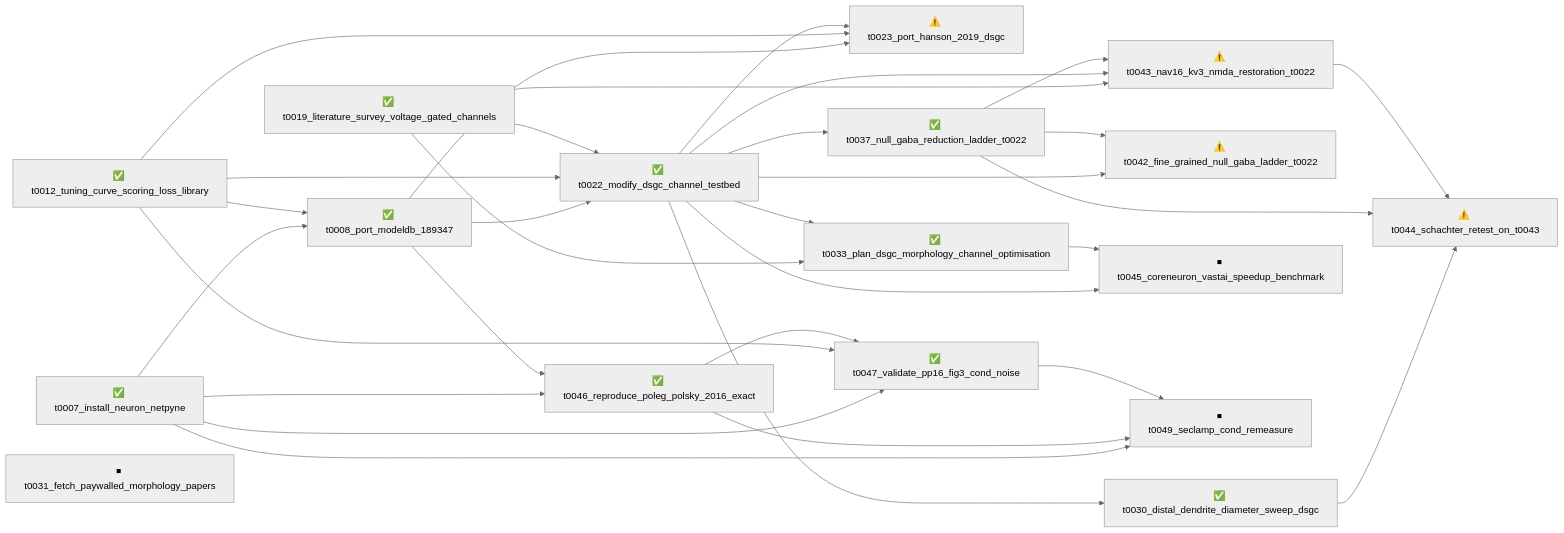
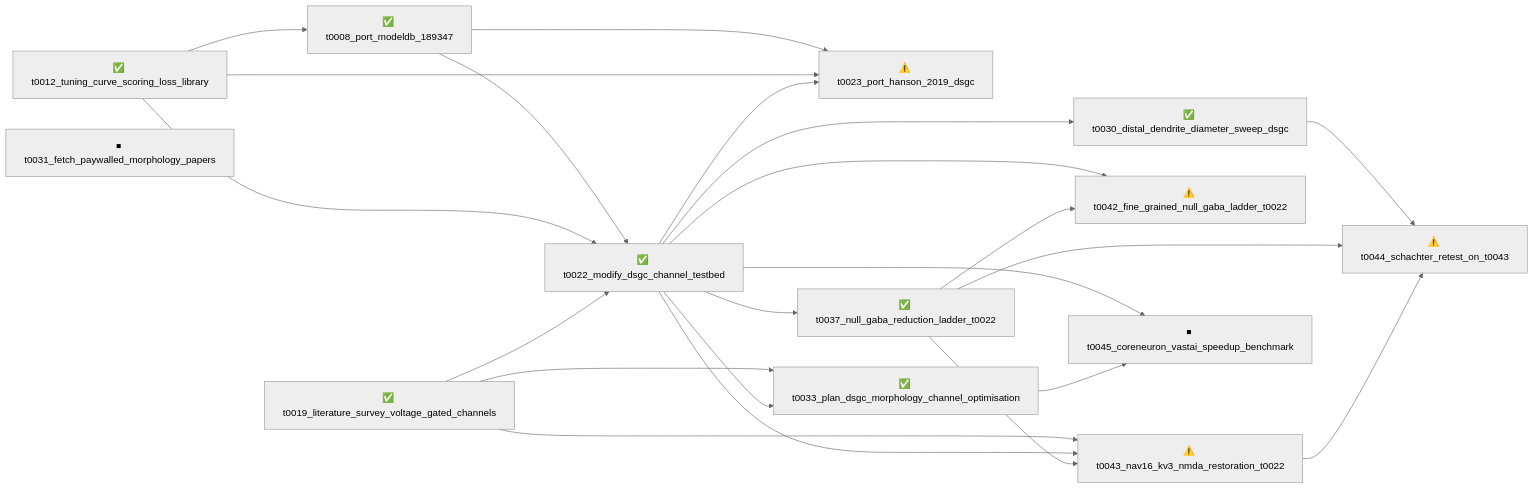
One commit to tonza17/neuron-channels changed the diagram in overview/tasks/README.md. Above: the diagram before and after it, drawn with Mermaid (neutral theme). The commit also changed other lines of this file and 44 other files, not shown here.

Commit message:
overview: refresh after t0049_seclamp_cond_remeasure

````diff
--- a/overview/tasks/README.md
+++ b/overview/tasks/README.md
@@ -13,51 +13,38 @@
 ```mermaid
 graph LR
-    t0007_install_neuron_netpyne["✅ t0007_install_neuron_netpyne"]
     t0008_port_modeldb_189347["✅ t0008_port_modeldb_189347"]
     t0012_tuning_curve_scoring_loss_library["✅ t0012_tuning_curve_scoring_loss_library"]
     t0019_literature_survey_voltage_gated_channels["✅ t0019_literature_survey_voltage_gated_channels"]
     t0022_modify_dsgc_channel_testbed["✅ t0022_modify_dsgc_channel_testbed"]
     t0023_port_hanson_2019_dsgc["⚠️ t0023_port_hanson_2019_dsgc"]
     t0030_distal_dendrite_diameter_sweep_dsgc["✅ t0030_distal_dendrite_diameter_sweep_dsgc"]
     t0031_fetch_paywalled_morphology_papers["⏹ t0031_fetch_paywalled_morphology_papers"]
     t0033_plan_dsgc_morphology_channel_optimisation["✅ t0033_plan_dsgc_morphology_channel_optimisation"]
     t0037_null_gaba_reduction_ladder_t0022["✅ t0037_null_gaba_reduction_ladder_t0022"]
     t0042_fine_grained_null_gaba_ladder_t0022["⚠️ t0042_fine_grained_null_gaba_ladder_t0022"]
     t0043_nav16_kv3_nmda_restoration_t0022["⚠️ t0043_nav16_kv3_nmda_restoration_t0022"]
     t0044_schachter_retest_on_t0043["⚠️ t0044_schachter_retest_on_t0043"]
     t0045_coreneuron_vastai_speedup_benchmark["⏹ t0045_coreneuron_vastai_speedup_benchmark"]
-    t0046_reproduce_poleg_polsky_2016_exact["✅ t0046_reproduce_poleg_polsky_2016_exact"]
-    t0047_validate_pp16_fig3_cond_noise["✅ t0047_validate_pp16_fig3_cond_noise"]
-    t0049_seclamp_cond_remeasure["⏹ t0049_seclamp_cond_remeasure"]
 
-    t0007_install_neuron_netpyne --> t0008_port_modeldb_189347
     t0012_tuning_curve_scoring_loss_library --> t0008_port_modeldb_189347
     t0008_port_modeldb_189347 --> t0022_modify_dsgc_channel_testbed
     t0012_tuning_curve_scoring_loss_library --> t0022_modify_dsgc_channel_testbed
     t0019_literature_survey_voltage_gated_channels --> t0022_modify_dsgc_channel_testbed
     t0008_port_modeldb_189347 --> t0023_port_hanson_2019_dsgc
     t0012_tuning_curve_scoring_loss_library --> t0023_port_hanson_2019_dsgc
     t0022_modify_dsgc_channel_testbed --> t0023_port_hanson_2019_dsgc
     t0022_modify_dsgc_channel_testbed --> t0030_distal_dendrite_diameter_sweep_dsgc
     t0019_literature_survey_voltage_gated_channels --> t0033_plan_dsgc_morphology_channel_optimisation
     t0022_modify_dsgc_channel_testbed --> t0033_plan_dsgc_morphology_channel_optimisation
     t0022_modify_dsgc_channel_testbed --> t0037_null_gaba_reduction_ladder_t0022
     t0022_modify_dsgc_channel_testbed --> t0042_fine_grained_null_gaba_ladder_t0022
     t0037_null_gaba_reduction_ladder_t0022 --> t0042_fine_grained_null_gaba_ladder_t0022
     t0019_literature_survey_voltage_gated_channels --> t0043_nav16_kv3_nmda_restoration_t0022
     t0022_modify_dsgc_channel_testbed --> t0043_nav16_kv3_nmda_restoration_t0022
     t0037_null_gaba_reduction_ladder_t0022 --> t0043_nav16_kv3_nmda_restoration_t0022
     t0030_distal_dendrite_diameter_sweep_dsgc --> t0044_schachter_retest_on_t0043
     t0037_null_gaba_reduction_ladder_t0022 --> t0044_schachter_retest_on_t0043
     t0043_nav16_kv3_nmda_restoration_t0022 --> t0044_schachter_retest_on_t0043
     t0022_modify_dsgc_channel_testbed --> t0045_coreneuron_vastai_speedup_benchmark
     t0033_plan_dsgc_morphology_channel_optimisation --> t0045_coreneuron_vastai_speedup_benchmark
-    t0007_install_neuron_netpyne --> t0046_reproduce_poleg_polsky_2016_exact
-    t0008_port_modeldb_189347 --> t0046_reproduce_poleg_polsky_2016_exact
-    t0007_install_neuron_netpyne --> t0047_validate_pp16_fig3_cond_noise
-    t0012_tuning_curve_scoring_loss_library --> t0047_validate_pp16_fig3_cond_noise
-    t0046_reproduce_poleg_polsky_2016_exact --> t0047_validate_pp16_fig3_cond_noise
-    t0007_install_neuron_netpyne --> t0049_seclamp_cond_remeasure
-    t0046_reproduce_poleg_polsky_2016_exact --> t0049_seclamp_cond_remeasure
-    t0047_validate_pp16_fig3_cond_noise --> t0049_seclamp_cond_remeasure
 ```
````
